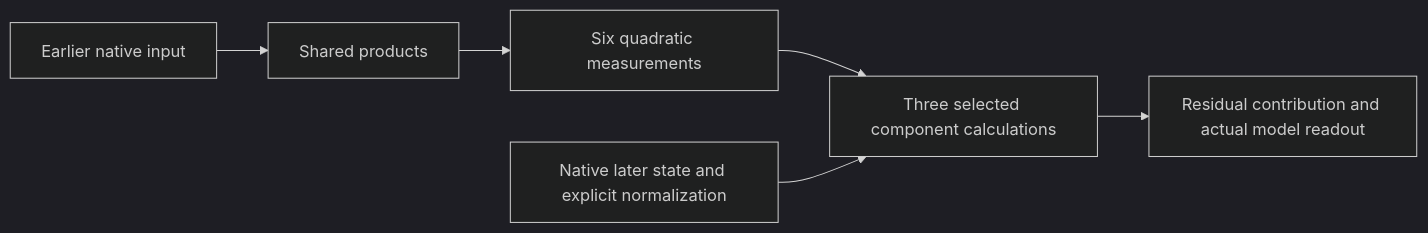
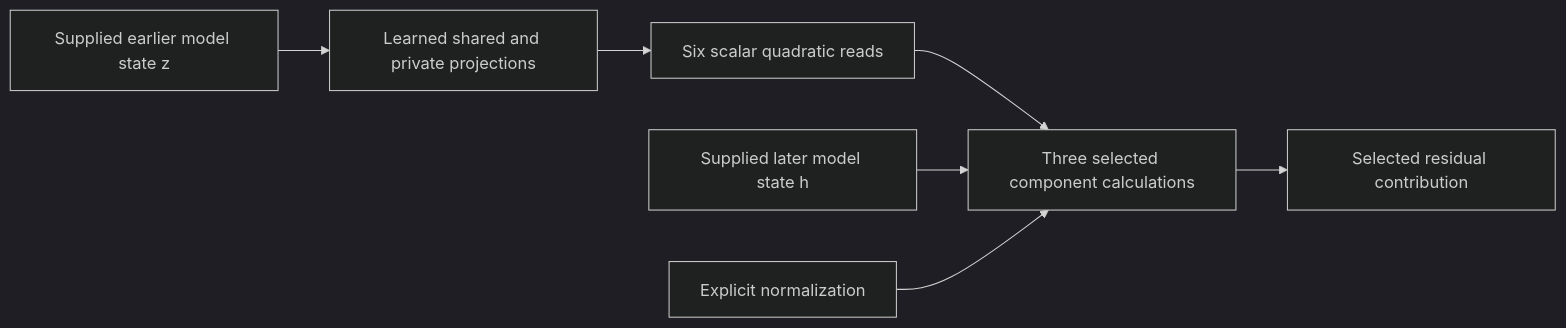
The second of 2 diagrams in basis_aligned/polynomial_causal/explanations/for_logan/research_update_2026-09-21_0104_full_coverage_and_shared_baselines.md (loganriggs/tensor_language), drawn with Mermaid (dark theme) before and after one commit. The commit also changed other lines of this file and 12 other files, not shown here.

Commit message:
Clarify the two-stage trajectory and diagnose learned input-subspace limits

````diff
--- a/basis_aligned/polynomial_causal/explanations/for_logan/research_update_2026-09-21_0104_full_coverage_and_shared_baselines.md
+++ b/basis_aligned/polynomial_causal/explanations/for_logan/research_update_2026-09-21_0104_full_coverage_and_shared_baselines.md
@@ -132,8 +128,9 @@
 ```mermaid
 flowchart LR
-    Z[Earlier native input] --> S[Shared products]
-    S --> Q[Six quadratic measurements]
+    Z[Supplied earlier model state z] --> S[Learned shared and private projections]
+    S --> Q[Six scalar quadratic reads]
     Q --> C[Three selected component calculations]
-    H[Native later state and explicit normalization] --> C
-    C --> W[Residual contribution and actual model readout]
+    H[Supplied later model state h] --> C
+    N[Explicit normalization] --> C
+    C --> O[Selected residual contribution]
 ```
````
